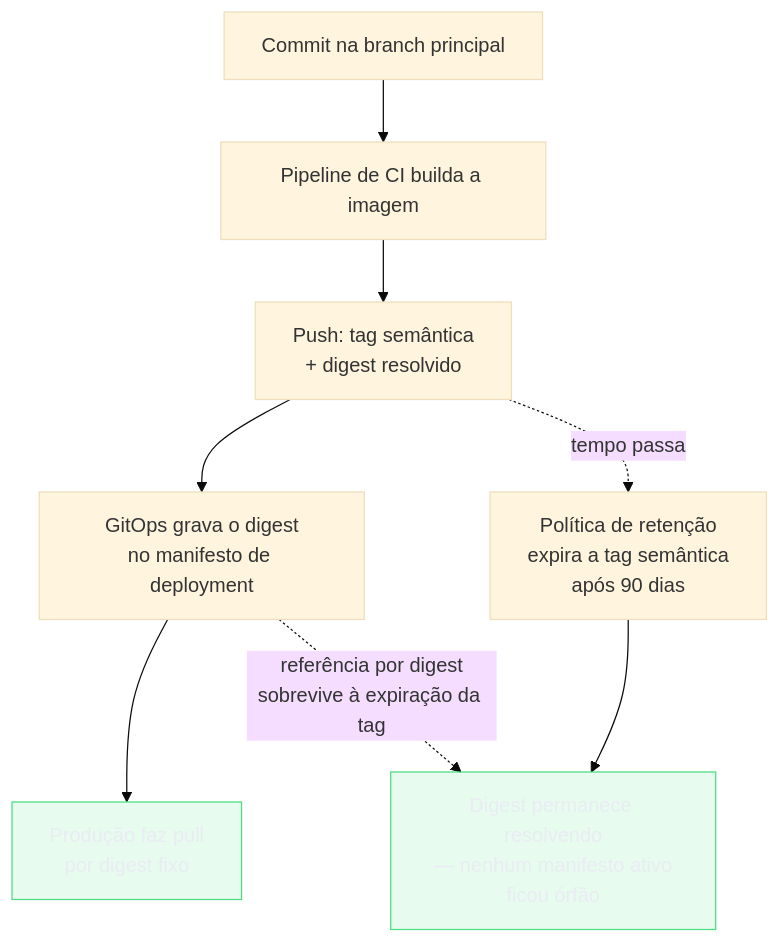
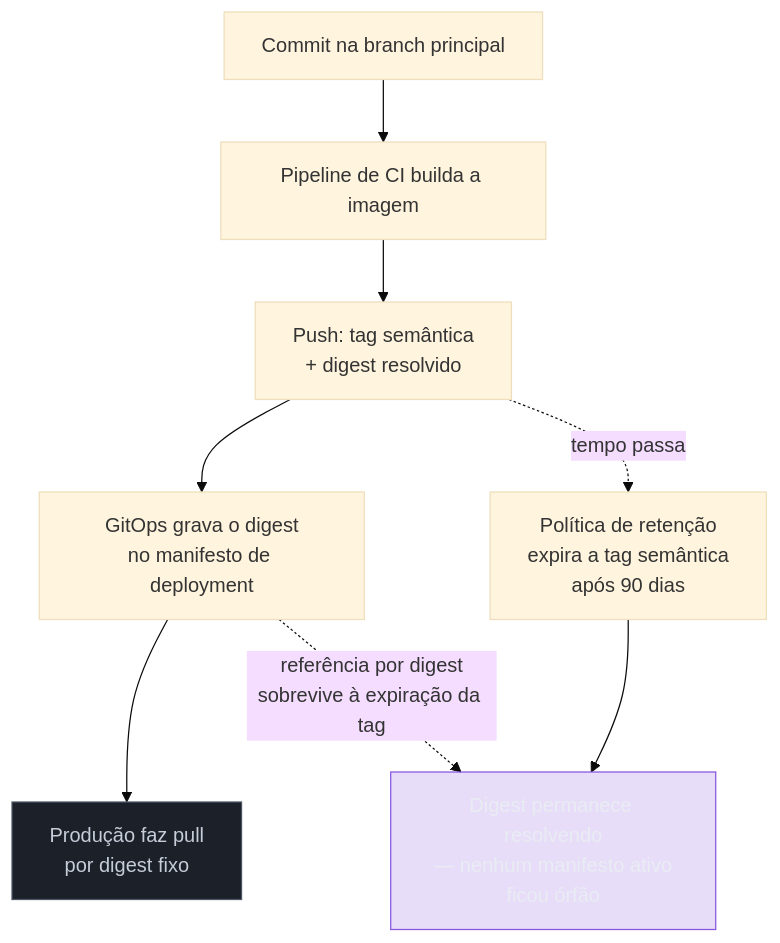
Before and after one commit to josenaldo/codex-technomanticus: the fifth of 6 diagrams in 03-Dominios/Tecnologia/Infraestrutura/Docker/12 - Registry.md, drawn with Mermaid (base theme). The commit also changed other lines of this file and 601 other files, not shown here.

````diff
--- a/03-Dominios/Tecnologia/Infraestrutura/Docker/12 - Registry.md
+++ b/03-Dominios/Tecnologia/Infraestrutura/Docker/12 - Registry.md
@@ -327,19 +327,20 @@
 ```mermaid
 graph TB
-    classDef ok fill:#4ADE8021,stroke:#4ADE80,color:#E9ECF2
+    classDef marca fill:#8855DF33,stroke:#8855DF,color:#E9ECF2
+    classDef neutro fill:#1B2029,stroke:#4E5666,color:#C6CCD8
     C["Commit na branch principal"]
     B["Pipeline de CI builda a imagem"]
     P["Push: tag semântica\n+ digest resolvido"]
     G["GitOps grava o digest\nno manifesto de deployment"]
     D["Produção faz pull\npor digest fixo"]
     T["Política de retenção\nexpira a tag semântica\napós 90 dias"]
     O["Digest permanece resolvendo\n— nenhum manifesto ativo\nficou órfão"]
 
     C --> B --> P --> G --> D
     P -.->|"tempo passa"| T
     T --> O
     G -.->|"referência por digest\nsobrevive à expiração da tag"| O
 
-    class D ok
-    class O ok
+    class D neutro
+    class O marca
 ```
````
